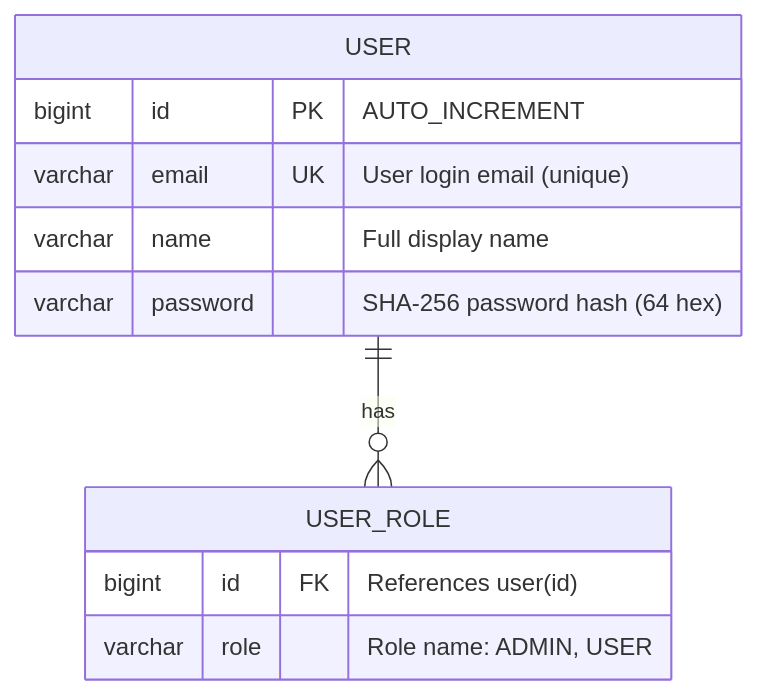
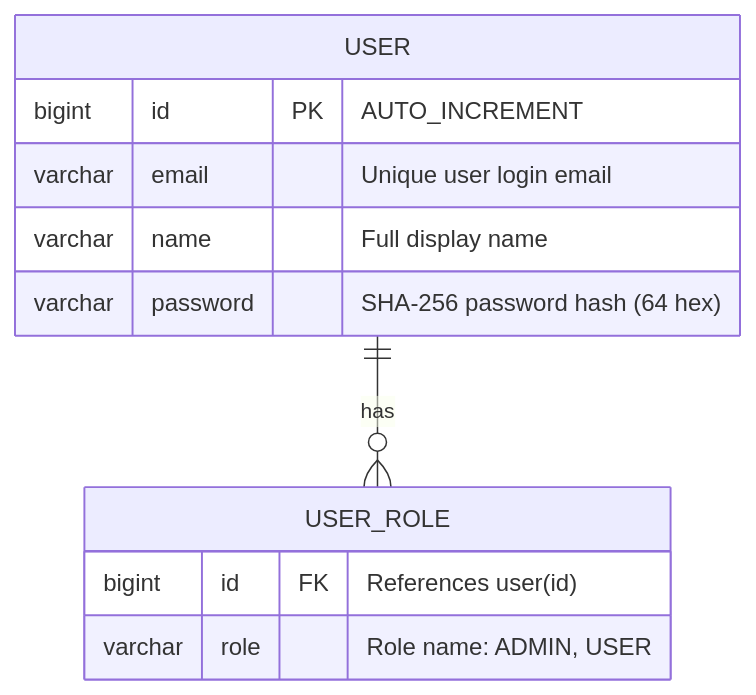
The third of 3 diagrams in README.md (theekshana-sudeepa/J2EE-Security-ORM), drawn with Mermaid before and after one commit. The commit also changed other lines of this file, not shown here.

Commit message:
fix(docs): resolve Mermaid syntax error in architecture diagram

````diff
--- a/README.md
+++ b/README.md
@@ -133,14 +133,14 @@
 ```mermaid
 erDiagram
     USER ||--o{ USER_ROLE : "has"
     USER {
         bigint id PK "AUTO_INCREMENT"
-        varchar email UK "User login email (unique)"
+        varchar email "Unique user login email"
         varchar name "Full display name"
         varchar password "SHA-256 password hash (64 hex)"
     }
     USER_ROLE {
         bigint id FK "References user(id)"
         varchar role "Role name: ADMIN, USER"
     }
 ```
````
